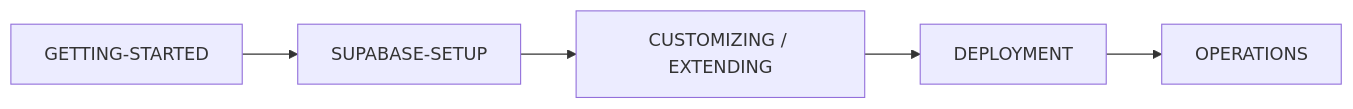
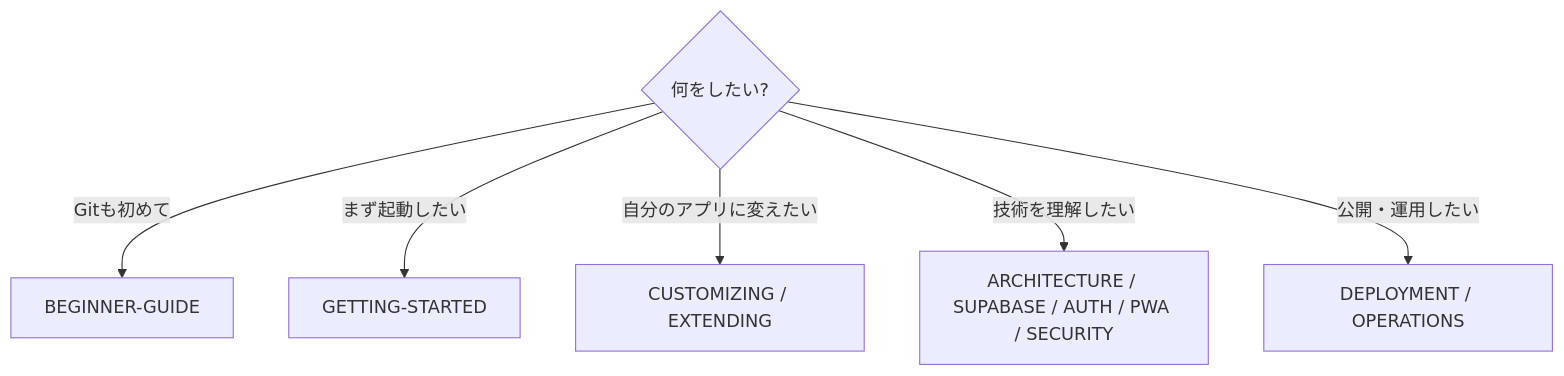
One commit to k-systems202208/nextjs-supabase-vercel-webapp-template changed the third of 4 diagrams in README.md. Above: the diagram before and after it, drawn with Mermaid. The commit also changed other lines of this file and 4 other files, not shown here.

````diff
--- a/README.md
+++ b/README.md
@@ -165,7 +170,9 @@
 ```mermaid
-flowchart LR
-    A["GETTING-STARTED"] --> B["SUPABASE-SETUP"]
-    B --> C["CUSTOMIZING / EXTENDING"]
-    C --> D["DEPLOYMENT"]
-    D --> E["OPERATIONS"]
+flowchart TD
+    Q{"何をしたい?"}
+    Q -->|"Gitも初めて"| B["BEGINNER-GUIDE"]
+    Q -->|"まず起動したい"| G["GETTING-STARTED"]
+    Q -->|"自分のアプリに変えたい"| C["CUSTOMIZING / EXTENDING"]
+    Q -->|"技術を理解したい"| A["ARCHITECTURE / SUPABASE / AUTH / PWA / SECURITY"]
+    Q -->|"公開・運用したい"| O["DEPLOYMENT / OPERATIONS"]
 ```
````
